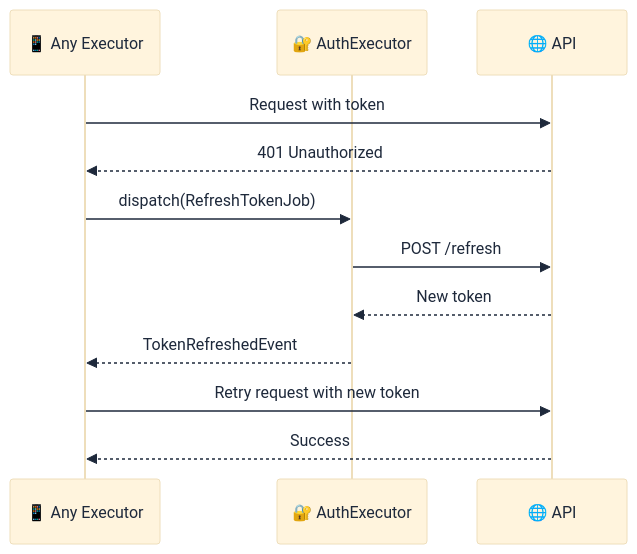
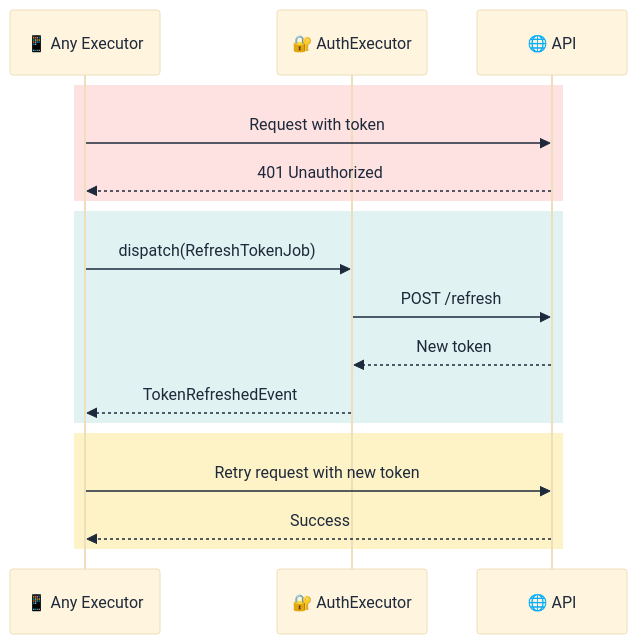
Diagram 11 of 12 in book/chapters/06_case_study.md (lploc94/flutter_orchestrator), drawn with Mermaid before and after one commit. The commit also changed other lines of this file and 5 other files, not shown here.

First line of the commit message:
docs(book): finalize beautification of all Mermaid diagrams

````diff
--- a/book/chapters/06_case_study.md
+++ b/book/chapters/06_case_study.md
@@ -360,18 +374,24 @@
 ```mermaid
 %%{init: {'theme': 'base', 'themeVariables': { 'primaryTextColor': '#1e293b', 'noteTextColor': '#1e293b', 'actorTextColor': '#1e293b' }}}%%
 sequenceDiagram
     participant Any as 📱 Any Executor
     participant Auth as 🔐 AuthExecutor
     participant API as 🌐 API
     
-    Any->>API: Request with token
-    API-->>Any: 401 Unauthorized
+    rect rgb(254, 226, 226)
+        Any->>API: Request with token
+        API-->>Any: 401 Unauthorized
+    end
     
-    Any->>Auth: dispatch(RefreshTokenJob)
-    Auth->>API: POST /refresh
-    API-->>Auth: New token
-    Auth-->>Any: TokenRefreshedEvent
+    rect rgb(224, 242, 241)
+        Any->>Auth: dispatch(RefreshTokenJob)
+        Auth->>API: POST /refresh
+        API-->>Auth: New token
+        Auth-->>Any: TokenRefreshedEvent
+    end
     
-    Any->>API: Retry request with new token
-    API-->>Any: Success
+    rect rgb(254, 243, 199)
+        Any->>API: Retry request with new token
+        API-->>Any: Success
+    end
 ```
````
